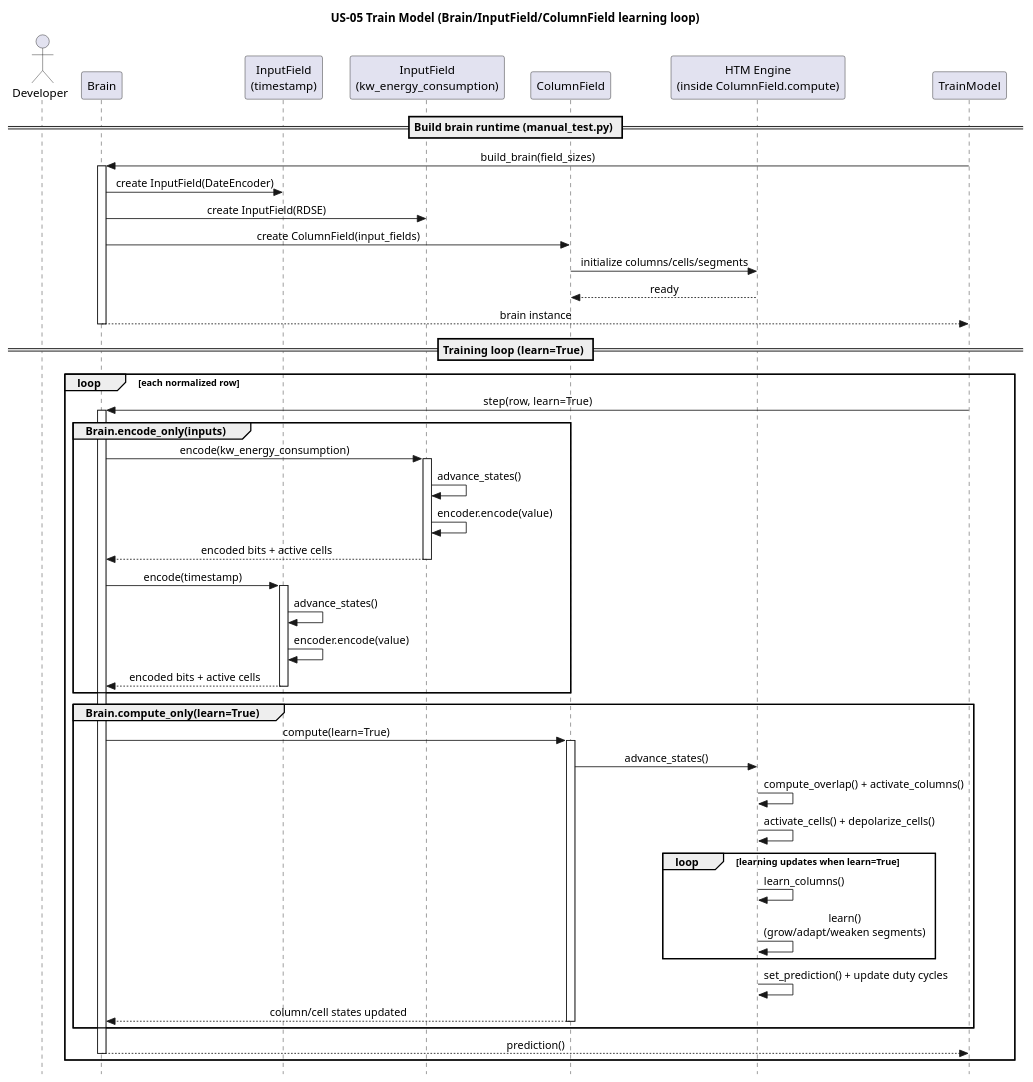
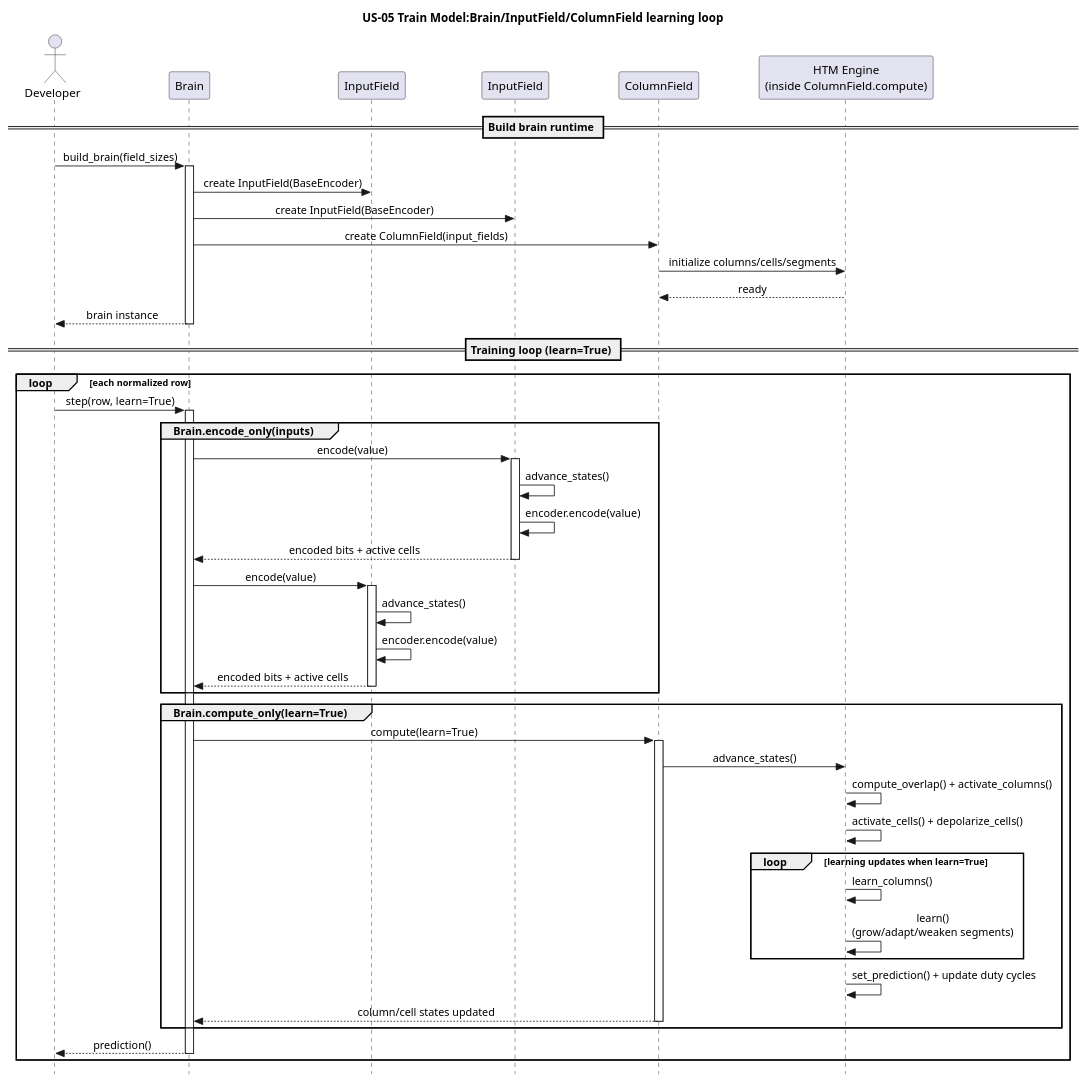
Before and after one commit to egrembocki/htmrl: the diagram in docs/puml/US/us-05.puml, drawn with PlantUML.

```diff
--- a/docs/puml/US/us-05.puml
+++ b/docs/puml/US/us-05.puml
@@ -1,67 +1,67 @@
 @startuml
 skinparam style strictuml
 skinparam sequenceMessageAlign center
 skinparam responseMessageBelowArrow true
-title US-05 Train Model (Brain/InputField/ColumnField learning loop)
+title US-05 Train Model:Brain/InputField/ColumnField learning loop
 
 actor Developer
 participant "Brain" as B
-participant "InputField\n(timestamp)" as IFTS
-participant "InputField\n(kw_energy_consumption)" as IFKWH
+participant "InputField" as IFTS
+participant "InputField" as IFKWH
 participant "ColumnField" as CF
 participant "HTM Engine\n(inside ColumnField.compute)" as H
 
-== Build brain runtime (manual_test.py) ==
-TrainModel -> B: build_brain(field_sizes)
+== Build brain runtime ==
+Developer -> B: build_brain(field_sizes)
 activate B
-B -> IFTS: create InputField(DateEncoder)
-B -> IFKWH: create InputField(RDSE)
+B -> IFTS: create InputField(BaseEncoder)
+B -> IFKWH: create InputField(BaseEncoder)
 B -> CF: create ColumnField(input_fields)
 CF -> H: initialize columns/cells/segments
 H --> CF: ready
-B --> TrainModel: brain instance
+B --> Developer: brain instance
 
 deactivate B
 
 == Training loop (learn=True) ==
 loop each normalized row
-  TrainModel -> B: step(row, learn=True)
+  Developer -> B: step(row, learn=True)
   activate B
 
   group Brain.encode_only(inputs)
-    B -> IFKWH: encode(kw_energy_consumption)
+    B -> IFKWH: encode(value)
     activate IFKWH
     IFKWH -> IFKWH: advance_states()
     IFKWH -> IFKWH: encoder.encode(value)
     IFKWH --> B: encoded bits + active cells
     deactivate IFKWH
 
-    B -> IFTS: encode(timestamp)
+    B -> IFTS: encode(value)
     activate IFTS
     IFTS -> IFTS: advance_states()
     IFTS -> IFTS: encoder.encode(value)
     IFTS --> B: encoded bits + active cells
     deactivate IFTS
   end
 
   group Brain.compute_only(learn=True)
     B -> CF: compute(learn=True)
     activate CF
     CF -> H: advance_states()
     H -> H: compute_overlap() + activate_columns()
     H -> H: activate_cells() + depolarize_cells()
 
     loop learning updates when learn=True
       H -> H: learn_columns()
       H -> H: learn()\n(grow/adapt/weaken segments)
     end
 
     H -> H: set_prediction() + update duty cycles
     CF --> B: column/cell states updated
     deactivate CF
   end
 
-  B --> TrainModel: prediction()
+  B --> Developer: prediction()
   deactivate B
 end
 @enduml
```
